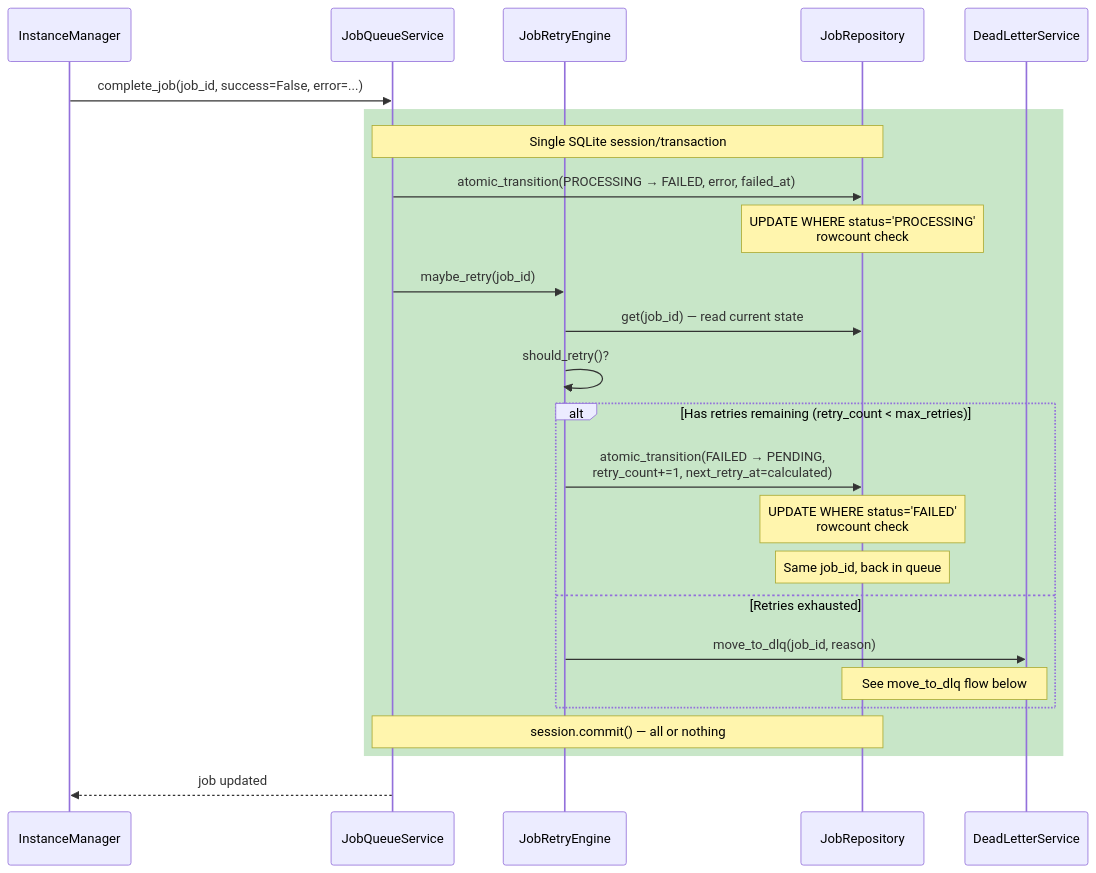
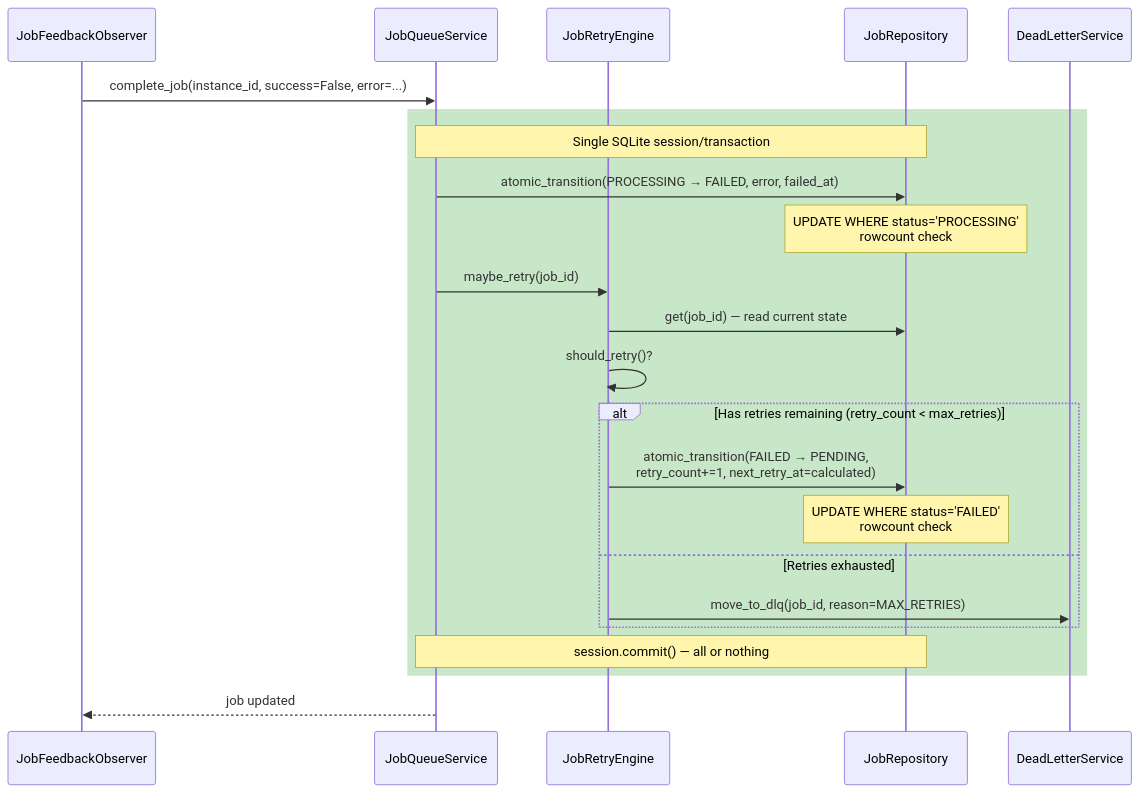
The diagram in .agents/shared/planning/job-system-improvements/phase3-plan.md (disillusioners/ensemble), drawn with Mermaid before and after one commit. The commit also changed other lines of this file and 8 other files, not shown here.

````diff
--- a/.agents/shared/planning/job-system-improvements/phase3-plan.md
+++ b/.agents/shared/planning/job-system-improvements/phase3-plan.md
@@ -75,33 +73,31 @@
 ```mermaid
 sequenceDiagram
-    participant IM as InstanceManager
+    participant JFO as JobFeedbackObserver
     participant JQS as JobQueueService
     participant RE as JobRetryEngine
     participant Repo as JobRepository
     participant DLQ as DeadLetterService
     
-    IM->>JQS: complete_job(job_id, success=False, error=...)
+    JFO->>JQS: complete_job(instance_id, success=False, error=...)
     
     rect rgb(200, 230, 200)
         Note over JQS,Repo: Single SQLite session/transaction
         JQS->>Repo: atomic_transition(PROCESSING → FAILED, error, failed_at)
         Note over Repo: UPDATE WHERE status='PROCESSING'<br/>rowcount check
         
         JQS->>RE: maybe_retry(job_id)
         RE->>Repo: get(job_id) — read current state
         RE->>RE: should_retry()?
         
         alt Has retries remaining (retry_count < max_retries)
             RE->>Repo: atomic_transition(FAILED → PENDING,<br/>retry_count+=1, next_retry_at=calculated)
             Note over Repo: UPDATE WHERE status='FAILED'<br/>rowcount check
-            Note over Repo: Same job_id, back in queue
         else Retries exhausted
-            RE->>DLQ: move_to_dlq(job_id, reason)
-            Note over DLQ,Repo: See move_to_dlq flow below
+            RE->>DLQ: move_to_dlq(job_id, reason=MAX_RETRIES)
         end
         
         Note over JQS,Repo: session.commit() — all or nothing
     end
     
-    JQS-->>IM: job updated
+    JQS-->>JFO: job updated
 ```
````
